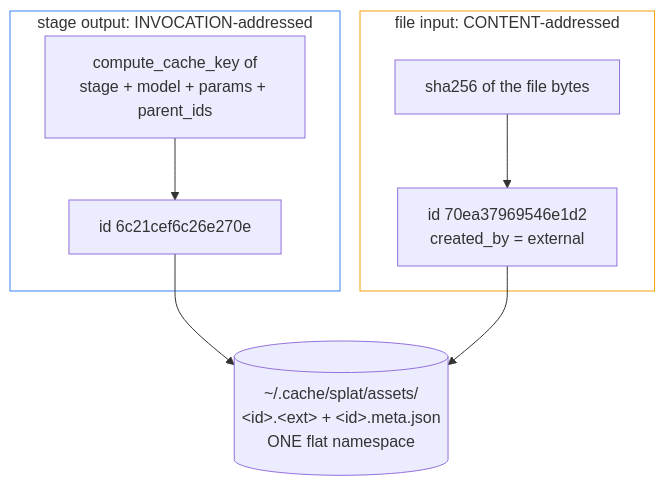
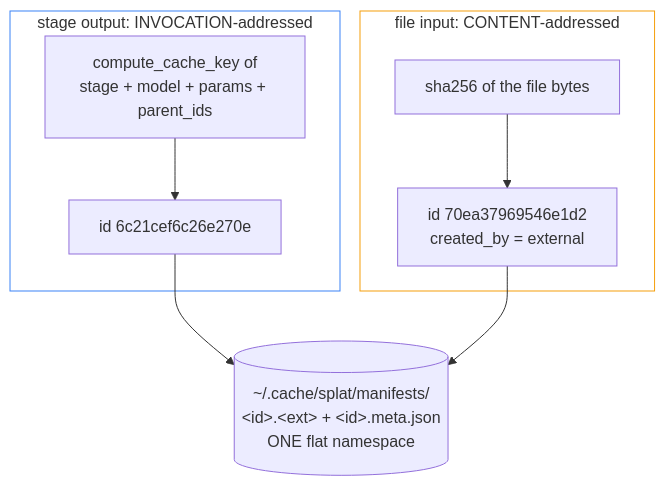
One commit to daanrongen/splat changed the fourth of 5 diagrams in docs/architecture.md. Above: the diagram before and after it, drawn with Mermaid. The commit also changed 50 other files, not shown here.

First line of the commit message:
chore(cache): rename manifest cache dir from assets/ to manifests/

````diff
--- a/docs/architecture.md
+++ b/docs/architecture.md
@@ -151,16 +151,16 @@
 ```mermaid
 flowchart TB
     subgraph invocation["stage output: INVOCATION-addressed"]
         A["compute_cache_key of<br/>stage + model + params + parent_ids"]
         A --> A2["id 6c21cef6c26e270e"]
     end
     subgraph content["file input: CONTENT-addressed"]
         B["sha256 of the file bytes"]
         B --> B2["id 70ea37969546e1d2<br/>created_by = external"]
     end
-    A2 --> STORE[("~/.cache/splat/assets/<br/>&lt;id&gt;.&lt;ext&gt; + &lt;id&gt;.meta.json<br/>ONE flat namespace")]
+    A2 --> STORE[("~/.cache/splat/manifests/<br/>&lt;id&gt;.&lt;ext&gt; + &lt;id&gt;.meta.json<br/>ONE flat namespace")]
     B2 --> STORE
 
     style invocation fill:none,stroke:#3b82f6
     style content fill:none,stroke:#f59e0b
 ```
````
